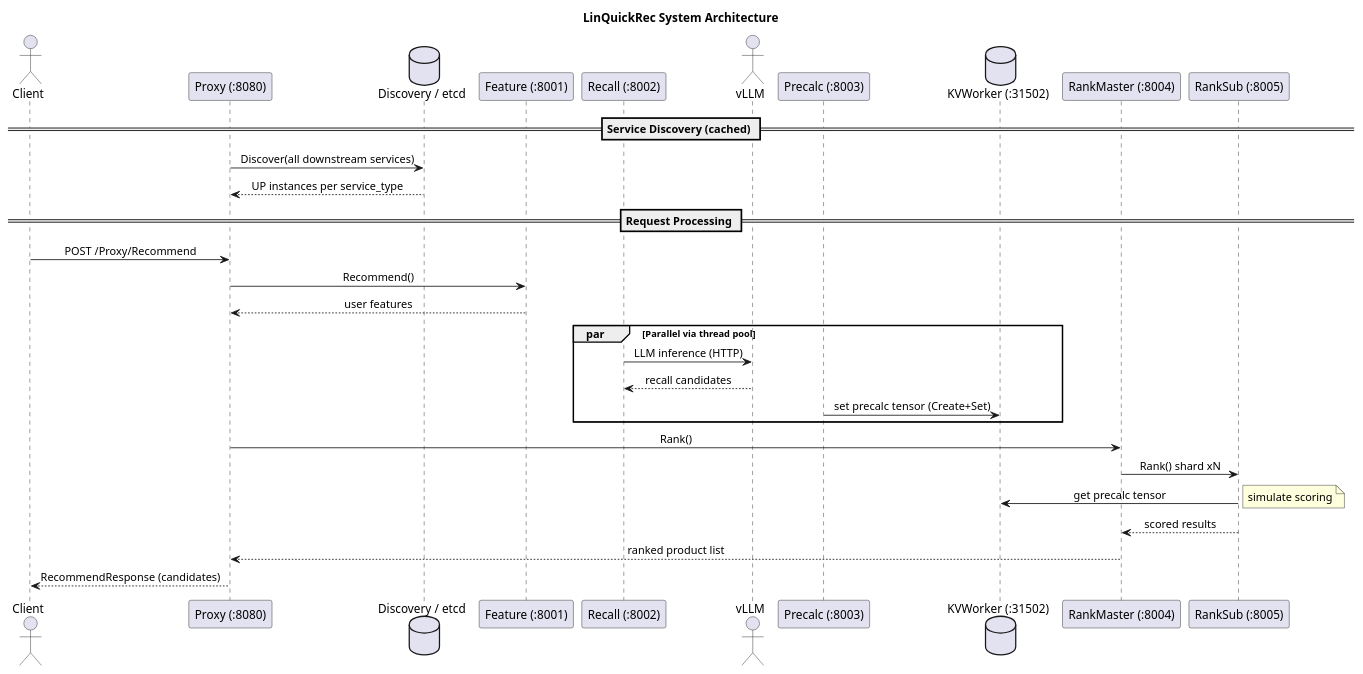
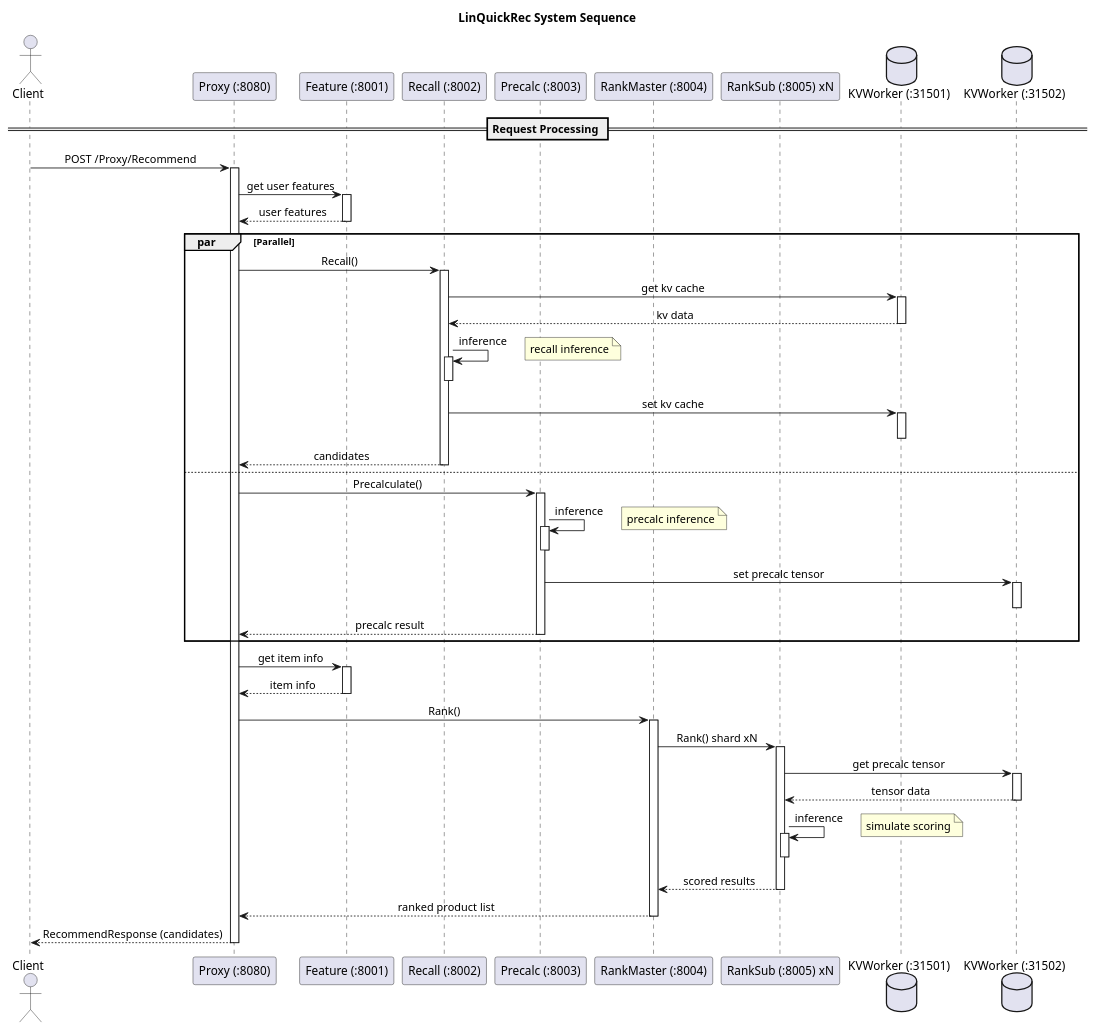
The diagram in docs/images/system-arch.puml (openeuler-mirror/LinQuickRec), drawn with PlantUML before and after one commit. The commit also changed 3 other files, not shown here.

```diff
--- a/docs/images/system-arch.puml
+++ b/docs/images/system-arch.puml
@@ -1,40 +1,80 @@
-@startuml System Architecture
+@startuml System Sequence
 skinparam backgroundColor #ffffff
 skinparam sequenceMessageAlign center
 
-title LinQuickRec System Architecture
+title LinQuickRec System Sequence
 
 actor Client
 participant "Proxy (:8080)" as Proxy
-database "Discovery / etcd" as Disc
 participant "Feature (:8001)" as Feature
 participant "Recall (:8002)" as Recall
-actor "vLLM" as vLLM
 participant "Precalc (:8003)" as Precalc
-database "KVWorker (:31502)" as KV
 participant "RankMaster (:8004)" as RM
-participant "RankSub (:8005)" as RS
-
-== Service Discovery (cached) ==
-Proxy -> Disc: Discover(all downstream services)
-Disc --> Proxy: UP instances per service_type
+participant "RankSub (:8005) xN" as RS
+database "KVWorker (:31501)" as KV1
+database "KVWorker (:31502)" as KV2
 
 == Request Processing ==
 Client -> Proxy: POST /Proxy/Recommend
-Proxy -> Feature: Recommend()
+activate Proxy
+
+Proxy -> Feature: get user features
+activate Feature
 Feature --> Proxy: user features
+deactivate Feature
 
-par Parallel via thread pool
-  Recall -> vLLM: LLM inference (HTTP)
-  vLLM --> Recall: recall candidates
-  Precalc -> KV: set precalc tensor (Create+Set)
+par Parallel
+  Proxy -> Recall: Recall()
+  activate Recall
+  Recall -> KV1: get kv cache
+  activate KV1
+  KV1 --> Recall: kv data
+  deactivate KV1
+  Recall -> Recall: inference
+  activate Recall
+  deactivate Recall
+  note right: recall inference
+  Recall -> KV1: set kv cache
+  activate KV1
+  deactivate KV1
+  Recall --> Proxy: candidates
+  deactivate Recall
+
+also
+  Proxy -> Precalc: Precalculate()
+  activate Precalc
+  Precalc -> Precalc: inference
+  activate Precalc
+  deactivate Precalc
+  note right: precalc inference
+  Precalc -> KV2: set precalc tensor
+  activate KV2
+  deactivate KV2
+  Precalc --> Proxy: precalc result
+  deactivate Precalc
 end
 
+Proxy -> Feature: get item info
+activate Feature
+Feature --> Proxy: item info
+deactivate Feature
+
 Proxy -> RM: Rank()
+activate RM
 RM -> RS: Rank() shard xN
-RS -> KV: get precalc tensor
+activate RS
+RS -> KV2: get precalc tensor
+activate KV2
+KV2 --> RS: tensor data
+deactivate KV2
+RS -> RS: inference
+activate RS
+deactivate RS
 note right: simulate scoring
 RS --> RM: scored results
+deactivate RS
 RM --> Proxy: ranked product list
+deactivate RM
 Proxy --> Client: RecommendResponse (candidates)
+deactivate Proxy
 @enduml
```
